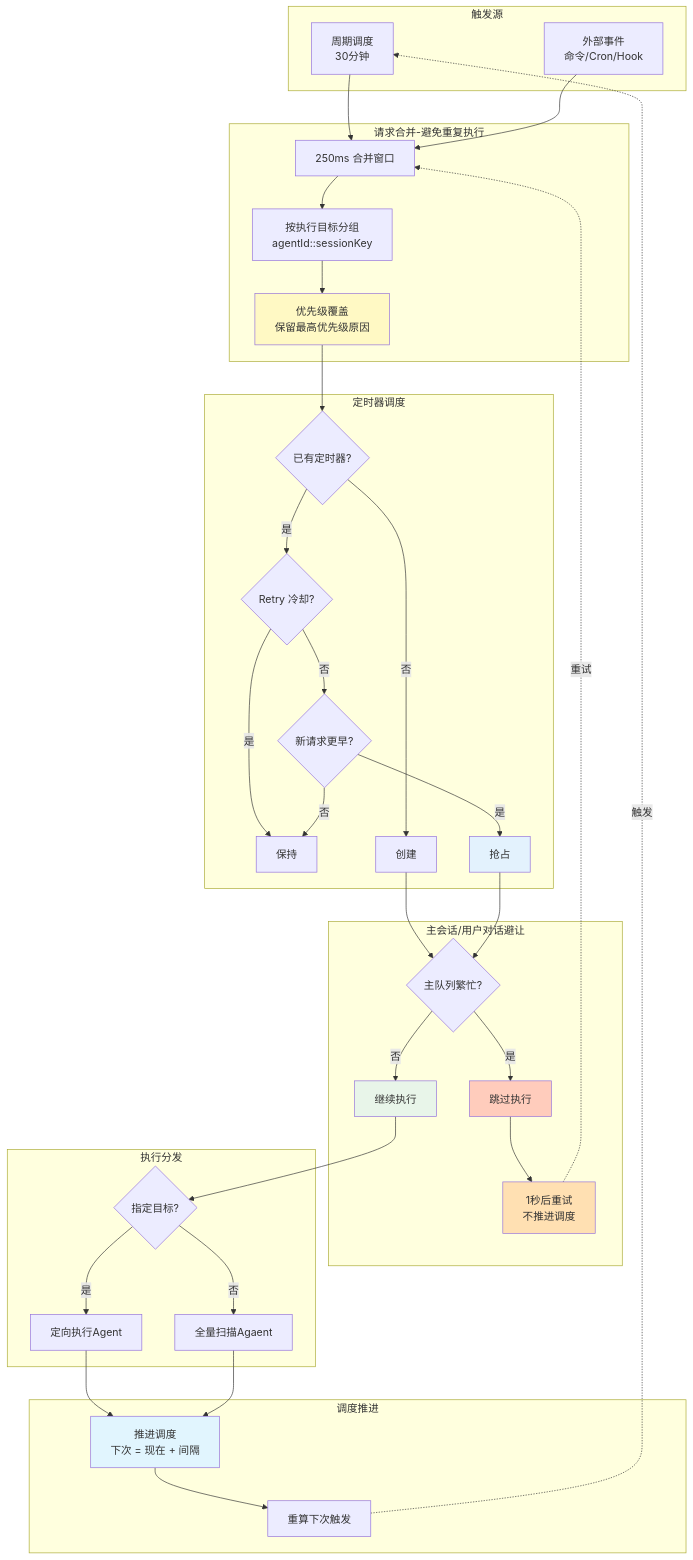
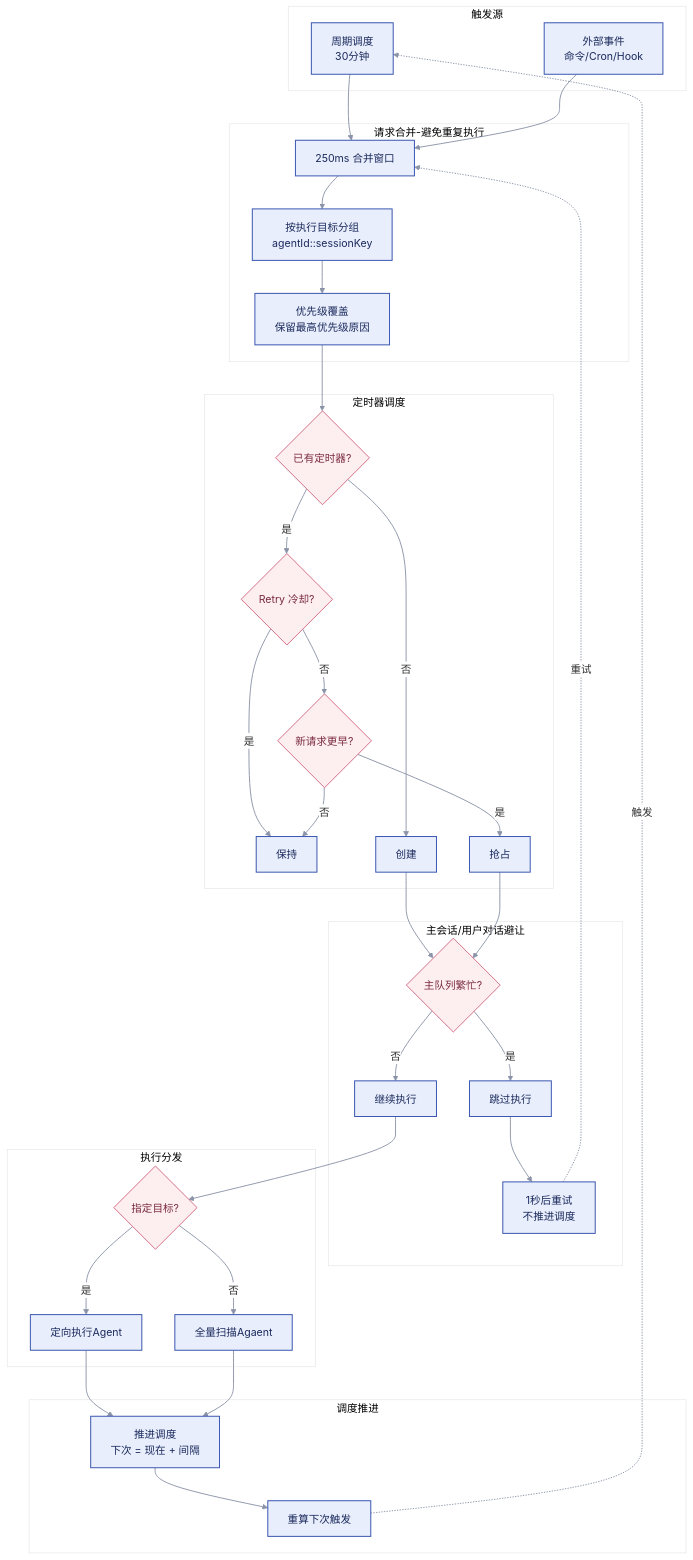
The second of 6 diagrams in src/content/blog/SomethingAboutOpenclaw.md (binlongzhang/binlongZhang.github.io), drawn with Mermaid before and after one commit. The commit also changed other lines of this file and 7 other files, not shown here.

Commit message:
polish mermaid title

````diff
--- a/src/content/blog/SomethingAboutOpenclaw.md
+++ b/src/content/blog/SomethingAboutOpenclaw.md
@@ -567,75 +573,77 @@
 ```mermaid
+%%{init: {'theme':'base', 'themeVariables': {'edgeLabelBackground':'#ffffff', 'tertiaryColor':'#fff'}}}%%
 graph TB
     subgraph "触发源"
         T1[周期调度<br/>30分钟]
         T2[外部事件<br/>命令/Cron/Hook]
     end
 
     subgraph "请求合并-避免重复执行"
         M1[250ms 合并窗口]
         M2[按执行目标分组<br/>agentId::sessionKey]
         M3[优先级覆盖<br/>保留最高优先级原因]
     end
 
     subgraph "定时器调度"
         S1{已有定时器?}
         S2{Retry 冷却?}
         S3{新请求更早?}
         S4[保持]
         S5[抢占]
         S6[创建]
     end
 
     subgraph "主会话/用户对话避让"
         A1{主队列繁忙?}
         A2[跳过执行]
         A3[继续执行]
         A4[1秒后重试<br/>不推进调度]
     end
 
     subgraph "执行分发"
         E1{指定目标?}
         E2[定向执行Agent]
         E3[全量扫描Agaent]
     end
 
     subgraph "调度推进"
         P1[推进调度<br/>下次 = 现在 + 间隔]
         P2[重算下次触发]
     end
 
     T1 --> M1
     T2 --> M1
     M1 --> M2
     M2 --> M3
     M3 --> S1
   
     S1 -->|否| S6
     S1 -->|是| S2
     S2 -->|是| S4
     S2 -->|否| S3
     S3 -->|是| S5
     S3 -->|否| S4
     S6 --> A1
     S5 --> A1
   
     A1 -->|是| A2
     A1 -->|否| A3
     A2 --> A4
     A4 -.重试.-> M1
   
     A3 --> E1
     E1 -->|是| E2
     E1 -->|否| E3
     E2 --> P1
     E3 --> P1
     P1 --> P2
     P2 -.触发.-> T1
 
-    style M3 fill:#fff9c4
-    style S5 fill:#e3f2fd
-    style A2 fill:#ffccbc
-    style A3 fill:#e8f5e9
-    style A4 fill:#ffe0b2
-    style P1 fill:#e1f5fe
+    %% 样式
+    classDef step fill:#e8eefc,stroke:#3a56b0,stroke-width:1.5px,color:#1b2a5c;
+    classDef decision fill:#fdeef0,stroke:#d6708a,stroke-width:1.5px,color:#7a2b3f;
+
+    class S1,S2,S3,A1,E1 decision;
+    class T1,T2,M1,M2,M3,S4,S5,S6,A2,A3,A4,E2,E3,P1,P2 step;
+    linkStyle default stroke:#8a93a8,stroke-width:1.4px;
 ```
````
